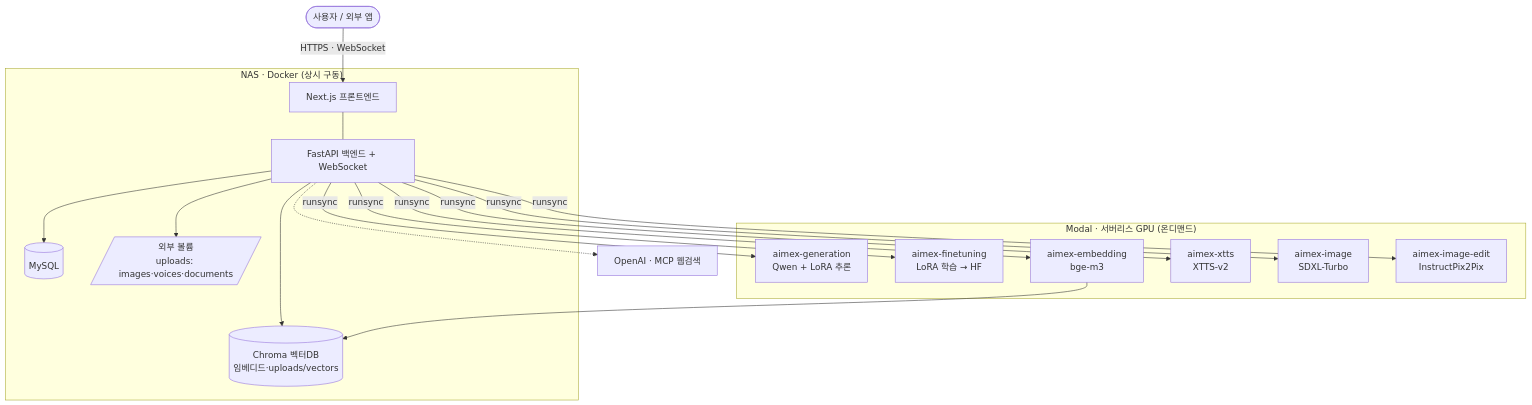
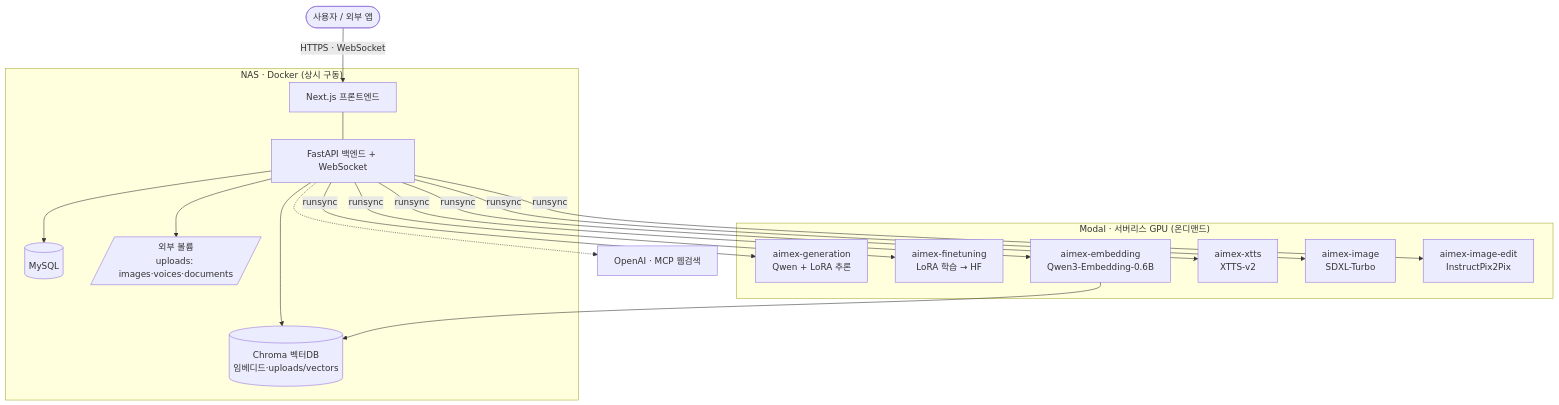
Before and after one commit to GTU9/AIMEX: the first of 3 diagrams in README.md, drawn with Mermaid. The commit also changed other lines of this file and 15 other files, not shown here.

````diff
--- a/README.md
+++ b/README.md
@@ -191,32 +191,32 @@
 ```mermaid
 flowchart TB
     U([사용자 / 외부 앱])
 
     subgraph NAS["NAS · Docker (상시 구동)"]
         FE["Next.js 프론트엔드"]
         BE["FastAPI 백엔드 + WebSocket"]
         DB[("MySQL")]
         VEC[("Chroma 벡터DB<br/>임베디드·uploads/vectors")]
         VOL[/"외부 볼륨<br/>uploads: images·voices·documents"/]
         FE --- BE
         BE --> DB
         BE --> VEC
         BE --> VOL
     end
 
     subgraph MODAL["Modal · 서버리스 GPU (온디맨드)"]
         GEN["aimex-generation<br/>Qwen + LoRA 추론"]
         FT["aimex-finetuning<br/>LoRA 학습 → HF"]
-        EMB["aimex-embedding<br/>bge-m3"]
+        EMB["aimex-embedding<br/>Qwen3-Embedding-0.6B"]
         TTS["aimex-xtts<br/>XTTS-v2"]
         IMG["aimex-image<br/>SDXL-Turbo"]
         EDIT["aimex-image-edit<br/>InstructPix2Pix"]
     end
 
     EXT["OpenAI · MCP 웹검색"]
 
     U -->|HTTPS · WebSocket| FE
     BE -->|runsync| GEN & FT & EMB & TTS & IMG & EDIT
     EMB --> VEC
     BE -.-> EXT
 ```
````
